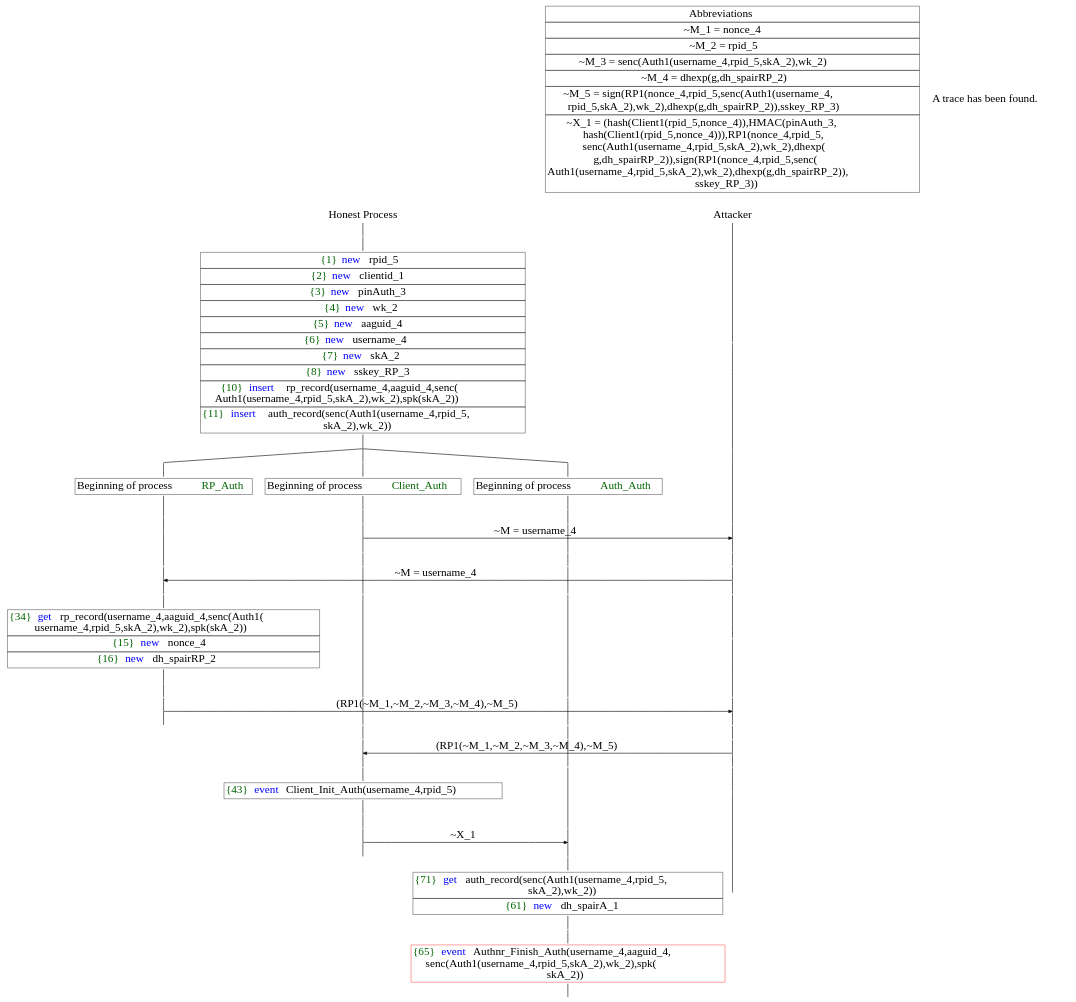
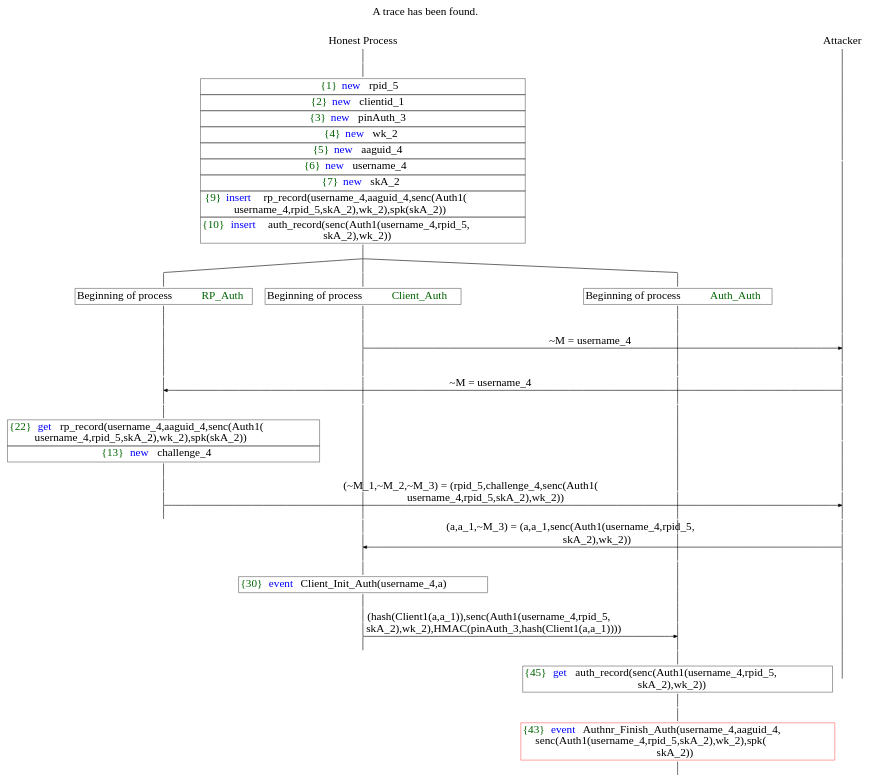
One commit to EkanshBhatnagar/FIDO2-Proverif changed the diagram in results/trace2.dot. Above: the diagram before and after it, drawn with Graphviz. The commit also changed 10 other files, not shown here.

```diff
--- a/results/trace2.dot
+++ b/results/trace2.dot
@@ -1,123 +1,119 @@
 digraph {
 graph [ordering = out]
 edge [arrowhead = none, penwidth = 1.6, fontsize = 30]
 node [shape = point, width = 0, height = 0, fontsize = 30]
 Trace<br/>
 [label = <A trace has been found.<br/>
 >, shape = plaintext]
 P0__0 [label = "Honest Process", shape = plaintext]
 P__0 [label = "Attacker", shape = plaintext]
 Trace -> P0__0 [label = "", style = invisible, weight = 100]{rank = same; P0__0 P__0}
 P0__0 -> P0__1 [label = <>, weight = 100]
 P0__1 -> P0__2 [label = <>, weight = 100]
-P0__2 [shape = plaintext, label = <<TABLE BORDER="0" CELLBORDER="1" CELLSPACING="0" CELLPADDING="4"> <TR><TD><FONT COLOR="darkgreen">{1}</FONT><FONT COLOR="blue">new </FONT>rpid_5</TD></TR><TR><TD><FONT COLOR="darkgreen">{2}</FONT><FONT COLOR="blue">new </FONT>clientid_1</TD></TR><TR><TD><FONT COLOR="darkgreen">{3}</FONT><FONT COLOR="blue">new </FONT>pinAuth_3</TD></TR><TR><TD><FONT COLOR="darkgreen">{4}</FONT><FONT COLOR="blue">new </FONT>wk_2</TD></TR><TR><TD><FONT COLOR="darkgreen">{5}</FONT><FONT COLOR="blue">new </FONT>aaguid_4</TD></TR><TR><TD><FONT COLOR="darkgreen">{6}</FONT><FONT COLOR="blue">new </FONT>username_4</TD></TR><TR><TD><FONT COLOR="darkgreen">{7}</FONT><FONT COLOR="blue">new </FONT>skA_2</TD></TR><TR><TD><FONT COLOR="darkgreen">{8}</FONT><FONT COLOR="blue">new </FONT>sskey_RP_3</TD></TR><TR><TD><FONT COLOR="darkgreen">{10}</FONT><FONT COLOR="blue">insert </FONT>rp_record(username_4,aaguid_4,senc(<br/>
-Auth1(username_4,rpid_5,skA_2),wk_2),spk(skA_2))<br/>
-</TD></TR><TR><TD><FONT COLOR="darkgreen">{11}</FONT><FONT COLOR="blue">insert </FONT>auth_record(senc(Auth1(username_4,rpid_5,<br/>
+P0__2 [shape = plaintext, label = <<TABLE BORDER="0" CELLBORDER="1" CELLSPACING="0" CELLPADDING="4"> <TR><TD><FONT COLOR="darkgreen">{1}</FONT><FONT COLOR="blue">new </FONT>rpid_5</TD></TR><TR><TD><FONT COLOR="darkgreen">{2}</FONT><FONT COLOR="blue">new </FONT>clientid_1</TD></TR><TR><TD><FONT COLOR="darkgreen">{3}</FONT><FONT COLOR="blue">new </FONT>pinAuth_3</TD></TR><TR><TD><FONT COLOR="darkgreen">{4}</FONT><FONT COLOR="blue">new </FONT>wk_2</TD></TR><TR><TD><FONT COLOR="darkgreen">{5}</FONT><FONT COLOR="blue">new </FONT>aaguid_4</TD></TR><TR><TD><FONT COLOR="darkgreen">{6}</FONT><FONT COLOR="blue">new </FONT>username_4</TD></TR><TR><TD><FONT COLOR="darkgreen">{7}</FONT><FONT COLOR="blue">new </FONT>skA_2</TD></TR><TR><TD><FONT COLOR="darkgreen">{9}</FONT><FONT COLOR="blue">insert </FONT>rp_record(username_4,aaguid_4,senc(Auth1(<br/>
+username_4,rpid_5,skA_2),wk_2),spk(skA_2))</TD></TR><TR><TD><FONT COLOR="darkgreen">{10}</FONT><FONT COLOR="blue">insert </FONT>auth_record(senc(Auth1(username_4,rpid_5,<br/>
 skA_2),wk_2))</TD></TR></TABLE>>]
 P0__2 -> P0__3 [label = <>, weight = 100]
 P__0 -> P__1 [label = <>, weight = 100]
 {rank = same; P__1 P0__2}
 /*RPar */
 P0__3 -> P0_2__3 [label = <>]
 P0__3 -> P0_1__3 [label = <>]
 P0__3 -> P0_0__3 [label = <>]
 P0__3 [label = "", fixedsize = false, width = 0, height = 0, shape = none]
 {rank = same; P0_0__3 P0_1__3 P0_2__3}
 P0_0__3 -> P0_0__4 [label = <>, weight = 100]
 P0_0__4 [shape = plaintext, label = <<TABLE BORDER="0" CELLBORDER="1" CELLSPACING="0" CELLPADDING="4"> <TR><TD>Beginning of process <FONT COLOR="darkgreen">Auth_Auth</FONT></TD></TR></TABLE>>]
 P0_0__4 -> P0_0__5 [label = <>, weight = 100]
 P0_1__3 -> P0_1__4 [label = <>, weight = 100]
 P0_1__4 [shape = plaintext, label = <<TABLE BORDER="0" CELLBORDER="1" CELLSPACING="0" CELLPADDING="4"> <TR><TD>Beginning of process <FONT COLOR="darkgreen">Client_Auth</FONT></TD></TR></TABLE>>]
 P0_1__4 -> P0_1__5 [label = <>, weight = 100]
 P0_1__5 -> P0_1__6 [label = <>, weight = 100]
 P0_0__5 -> P0_0__6 [label = <>, weight = 100]
 P__1 -> P__2 [label = <>, weight = 100]
 {rank = same; P__2 P0_0__6 P0_1__6}
 P0_1__6 -> P0_1__7 [label = <>, weight = 100]
 P__2 -> P__3 [label = <>, weight = 100]
 {rank = same; P__3 P0_1__7}
 P0_1__7 -> P__3 [label = <~M = username_4>, arrowhead = normal]
 P0_1__7 -> P0_1__8 [label = <>, weight = 100]
 P0_0__6 -> P0_0__7 [label = <>, weight = 100]
 P__3 -> P__4 [label = <>, weight = 100]
 {rank = same; P__4 P0_0__7 P0_1__8}
 P0_2__3 -> P0_2__4 [label = <>, weight = 100]
 P0_2__4 [shape = plaintext, label = <<TABLE BORDER="0" CELLBORDER="1" CELLSPACING="0" CELLPADDING="4"> <TR><TD>Beginning of process <FONT COLOR="darkgreen">RP_Auth</FONT></TD></TR></TABLE>>]
 P0_2__4 -> P0_2__5 [label = <>, weight = 100]
 P0_2__5 -> P0_2__6 [label = <>, weight = 100]
 P0_1__8 -> P0_1__9 [label = <>, weight = 100]
 P0_0__7 -> P0_0__8 [label = <>, weight = 100]
 P__4 -> P__5 [label = <>, weight = 100]
 {rank = same; P__5 P0_0__8 P0_1__9 P0_2__6}
 P0_2__6 -> P0_2__7 [label = <>, weight = 100]
 P__5 -> P__6 [label = <>, weight = 100]
 {rank = same; P__6 P0_2__7}
 P0_2__7 -> P__6 [label = <~M = username_4>, dir = back, arrowhead = normal]
 P0_2__7 -> P0_2__8 [label = <>, weight = 100]
 P0_1__9 -> P0_1__10 [label = <>, weight = 100]
 P0_0__8 -> P0_0__9 [label = <>, weight = 100]
 P__6 -> P__7 [label = <>, weight = 100]
 {rank = same; P__7 P0_0__9 P0_1__10 P0_2__8}
 P0_2__8 -> P0_2__9 [label = <>, weight = 100]
-P0_2__9 [shape = plaintext, label = <<TABLE BORDER="0" CELLBORDER="1" CELLSPACING="0" CELLPADDING="4"> <TR><TD><FONT COLOR="darkgreen">{34}</FONT><FONT COLOR="blue">get </FONT>rp_record(username_4,aaguid_4,senc(Auth1(<br/>
-username_4,rpid_5,skA_2),wk_2),spk(skA_2))</TD></TR><TR><TD><FONT COLOR="darkgreen">{15}</FONT><FONT COLOR="blue">new </FONT>nonce_4</TD></TR><TR><TD><FONT COLOR="darkgreen">{16}</FONT><FONT COLOR="blue">new </FONT>dh_spairRP_2</TD></TR></TABLE>>]
+P0_2__9 [shape = plaintext, label = <<TABLE BORDER="0" CELLBORDER="1" CELLSPACING="0" CELLPADDING="4"> <TR><TD><FONT COLOR="darkgreen">{22}</FONT><FONT COLOR="blue">get </FONT>rp_record(username_4,aaguid_4,senc(Auth1(<br/>
+username_4,rpid_5,skA_2),wk_2),spk(skA_2))</TD></TR><TR><TD><FONT COLOR="darkgreen">{13}</FONT><FONT COLOR="blue">new </FONT>challenge_4</TD></TR></TABLE>>]
 P0_2__9 -> P0_2__10 [label = <>, weight = 100]
 P__7 -> P__8 [label = <>, weight = 100]
 {rank = same; P__8 P0_2__9}
 P0_2__10 -> P0_2__11 [label = <>, weight = 100]
 P0_1__10 -> P0_1__11 [label = <>, weight = 100]
 P0_0__9 -> P0_0__10 [label = <>, weight = 100]
 P__8 -> P__9 [label = <>, weight = 100]
 {rank = same; P__9 P0_0__10 P0_1__11 P0_2__11}
 P0_2__11 -> P0_2__12 [label = <>, weight = 100]
 P__9 -> P__10 [label = <>, weight = 100]
 {rank = same; P__10 P0_2__12}
-P0_2__12 -> P__10 [label = <(RP1(~M_1,~M_2,~M_3,~M_4),~M_5)>, arrowhead = normal]
+P0_2__12 -> P__10 [label = <(~M_1,~M_2,~M_3) = (rpid_5,challenge_4,senc(Auth1(<br/>
+username_4,rpid_5,skA_2),wk_2))>, arrowhead = normal]
 P0_2__12 -> P0_2__13 [label = <>, weight = 100]
 P0_1__11 -> P0_1__12 [label = <>, weight = 100]
 P0_0__10 -> P0_0__11 [label = <>, weight = 100]
 P__10 -> P__11 [label = <>, weight = 100]
 {rank = same; P__11 P0_0__11 P0_1__12 P0_2__13}
 P0_1__12 -> P0_1__13 [label = <>, weight = 100]
 P0_0__11 -> P0_0__12 [label = <>, weight = 100]
 P__11 -> P__12 [label = <>, weight = 100]
 {rank = same; P__12 P0_0__12 P0_1__13}
 P0_1__13 -> P0_1__14 [label = <>, weight = 100]
 P__12 -> P__13 [label = <>, weight = 100]
 {rank = same; P__13 P0_1__14}
-P0_1__14 -> P__13 [label = <(RP1(~M_1,~M_2,~M_3,~M_4),~M_5)>, dir = back, arrowhead = normal]
+P0_1__14 -> P__13 [label = <(a,a_1,~M_3) = (a,a_1,senc(Auth1(username_4,rpid_5,<br/>
+skA_2),wk_2))>, dir = back, arrowhead = normal]
 P0_1__14 -> P0_1__15 [label = <>, weight = 100]
 P0_0__12 -> P0_0__13 [label = <>, weight = 100]
 P__13 -> P__14 [label = <>, weight = 100]
 {rank = same; P__14 P0_0__13 P0_1__15}
 P0_1__15 -> P0_1__16 [label = <>, weight = 100]
-P0_1__16 [shape = plaintext, label = <<TABLE BORDER="0" CELLBORDER="1" CELLSPACING="0" CELLPADDING="4"> <TR><TD><FONT COLOR="darkgreen">{43}</FONT><FONT COLOR="blue">event</FONT> Client_Init_Auth(username_4,rpid_5)</TD></TR></TABLE>>]
+P0_1__16 [shape = plaintext, label = <<TABLE BORDER="0" CELLBORDER="1" CELLSPACING="0" CELLPADDING="4"> <TR><TD><FONT COLOR="darkgreen">{30}</FONT><FONT COLOR="blue">event</FONT> Client_Init_Auth(username_4,a)</TD></TR></TABLE>>]
 P0_1__16 -> P0_1__17 [label = <>, weight = 100]
 P0_1__17 -> P0_1__18 [label = <>, weight = 100]
 P0_0__13 -> P0_0__14 [label = <>, weight = 100]
 {rank = same; P0_0__14 P0_1__18}
 P0_1__18 -> P0_1__19 [label = <>, weight = 100]
 P0_0__14 -> P0_0__15 [label = <>, weight = 100]
 {rank = same; P0_0__15 P0_1__19}
-P0_1__19 -> P0_0__15 [label = <~X_1>, arrowhead = normal]
+P0_1__19 -> P0_0__15 [label = <(hash(Client1(a,a_1)),senc(Auth1(username_4,rpid_5,<br/>
+skA_2),wk_2),HMAC(pinAuth_3,hash(Client1(a,a_1))))>, arrowhead = normal]
 P0_1__19 -> P0_1__20 [label = <>, weight = 100]
 P0_0__15 -> P0_0__16 [label = <>, weight = 100]
 {rank = same; P0_0__16 P0_1__20}
 P0_0__16 -> P0_0__17 [label = <>, weight = 100]
-P0_0__17 [shape = plaintext, label = <<TABLE BORDER="0" CELLBORDER="1" CELLSPACING="0" CELLPADDING="4"> <TR><TD><FONT COLOR="darkgreen">{71}</FONT><FONT COLOR="blue">get </FONT>auth_record(senc(Auth1(username_4,rpid_5,<br/>
-skA_2),wk_2))</TD></TR><TR><TD><FONT COLOR="darkgreen">{61}</FONT><FONT COLOR="blue">new </FONT>dh_spairA_1</TD></TR></TABLE>>]
+P0_0__17 [shape = plaintext, label = <<TABLE BORDER="0" CELLBORDER="1" CELLSPACING="0" CELLPADDING="4"> <TR><TD><FONT COLOR="darkgreen">{45}</FONT><FONT COLOR="blue">get </FONT>auth_record(senc(Auth1(username_4,rpid_5,<br/>
+skA_2),wk_2))</TD></TR></TABLE>>]
 P0_0__17 -> P0_0__18 [label = <>, weight = 100]
 P__14 -> P__15 [label = <>, weight = 100]
 {rank = same; P__15 P0_0__17}
 P0_0__18 -> P0_0__19 [label = <>, weight = 100]
-P0_0__19 [color = red, shape = plaintext, label = <<TABLE BORDER="0" CELLBORDER="1" CELLSPACING="0" CELLPADDING="4"> <TR><TD><FONT COLOR="darkgreen">{65}</FONT><FONT COLOR="blue">event</FONT> Authnr_Finish_Auth(username_4,aaguid_4,<br/>
+P0_0__19 [color = red, shape = plaintext, label = <<TABLE BORDER="0" CELLBORDER="1" CELLSPACING="0" CELLPADDING="4"> <TR><TD><FONT COLOR="darkgreen">{43}</FONT><FONT COLOR="blue">event</FONT> Authnr_Finish_Auth(username_4,aaguid_4,<br/>
 senc(Auth1(username_4,rpid_5,skA_2),wk_2),spk(<br/>
 skA_2))</TD></TR></TABLE>>]
 P0_0__19 -> P0_0__20 [label = <>, weight = 100]
-Abbrev [shape = plaintext, label = <<TABLE BORDER="0" CELLBORDER="1" CELLSPACING="0" CELLPADDING="4"><TR> <TD> Abbreviations </TD></TR><TR><TD>~M_1 = nonce_4</TD></TR><TR><TD>~M_2 = rpid_5</TD></TR><TR><TD>~M_3 = senc(Auth1(username_4,rpid_5,skA_2),wk_2)</TD></TR><TR><TD>~M_4 = dhexp(g,dh_spairRP_2)</TD></TR><TR><TD>~M_5 = sign(RP1(nonce_4,rpid_5,senc(Auth1(username_4,<br/>
-rpid_5,skA_2),wk_2),dhexp(g,dh_spairRP_2)),sskey_RP_3)</TD></TR><TR><TD>~X_1 = (hash(Client1(rpid_5,nonce_4)),HMAC(pinAuth_3,<br/>
-hash(Client1(rpid_5,nonce_4))),RP1(nonce_4,rpid_5,<br/>
-senc(Auth1(username_4,rpid_5,skA_2),wk_2),dhexp(<br/>
-g,dh_spairRP_2)),sign(RP1(nonce_4,rpid_5,senc(<br/>
-Auth1(username_4,rpid_5,skA_2),wk_2),dhexp(g,dh_spairRP_2)),<br/>
-sskey_RP_3))</TD></TR></TABLE>>]Abbrev -> P__0 [style = invisible, weight =100]}
+}
```
